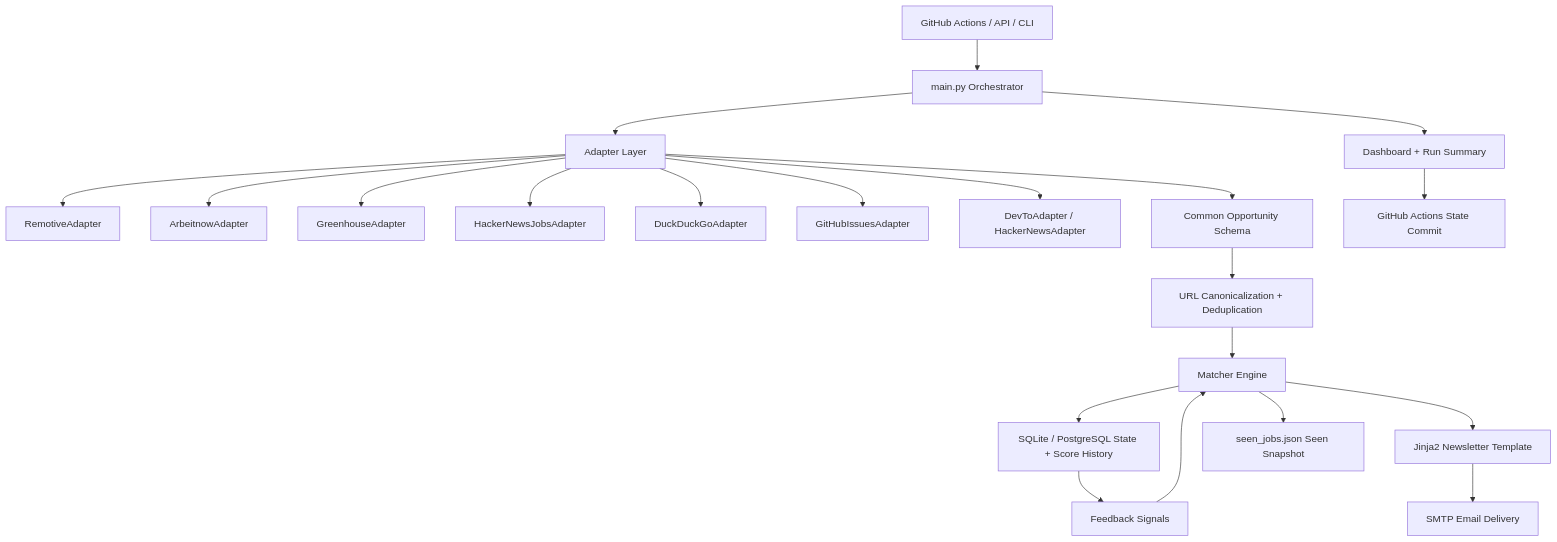
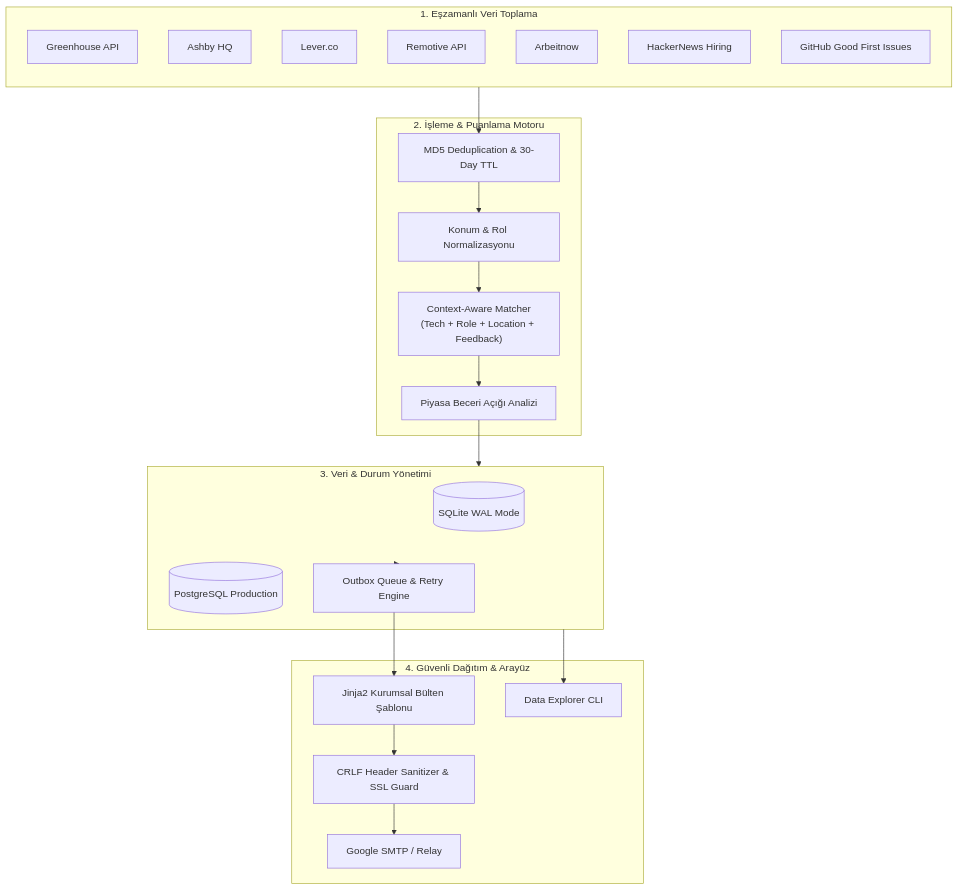
One commit to meryemgcl/jobhunt-auto changed the diagram in README.md. Above: the diagram before and after it, drawn with Mermaid. The commit also changed other lines of this file and 8 other files, not shown here.

First line of the commit message:
docs: overhaul repository documentation, badges, architecture diagrams and UTF-8 normalization

````diff
--- a/README.md
+++ b/README.md
@@ -77,25 +45,44 @@
 ```mermaid
 flowchart TD
-    A[GitHub Actions / API / CLI] --> B[main.py Orchestrator]
+    subgraph DataCollection["1. Eşzamanlı Veri Toplama"]
+        direction TB
+        G[Greenhouse API]
+        A[Ashby HQ]
+        L[Lever.co]
+        R[Remotive API]
+        AN[Arbeitnow]
+        HN[HackerNews Hiring]
+        GH[GitHub Good First Issues]
+    end
 
-    B --> C[Adapter Layer]
-    C --> C1[RemotiveAdapter]
-    C --> C2[ArbeitnowAdapter]
-    C --> C3[GreenhouseAdapter]
-    C --> C4[HackerNewsJobsAdapter]
-    C --> C5[DuckDuckGoAdapter]
-    C --> C6[GitHubIssuesAdapter]
-    C --> C7[DevToAdapter / HackerNewsAdapter]
+    subgraph CoreEngine["2. İşleme & Puanlama Motoru"]
+        DEDUP[MD5 Deduplication & 30-Day TTL]
+        NORM[Konum & Rol Normalizasyonu]
+        MATCHER["Context-Aware Matcher\n(Tech + Role + Location + Feedback)"]
+        SKILLGAP[Piyasa Beceri Açığı Analizi]
+    end
 
-    C --> D[Common Opportunity Schema]
-    D --> E[URL Canonicalization + Deduplication]
-    E --> F[Matcher Engine]
-    F --> G[SQLite / PostgreSQL State + Score History]
-    G --> H[Feedback Signals]
-    H --> F
-    F --> I[Jinja2 Newsletter Template]
-    I --> J[SMTP Email Delivery]
-    F --> K[seen_jobs.json Seen Snapshot]
-    B --> L[Dashboard + Run Summary]
-    L --> M[GitHub Actions State Commit]
+    subgraph Persistence["3. Veri & Durum Yönetimi"]
+        SQLITE[(SQLite WAL Mode)]
+        PG[(PostgreSQL Production)]
+        OUTBOX[Outbox Queue & Retry Engine]
+    end
+
+    subgraph Notification["4. Güvenli Dağıtım & Arayüz"]
+        JINJA[Jinja2 Kurumsal Bülten Şablonu]
+        SANITIZE[CRLF Header Sanitizer & SSL Guard]
+        SMTP[Google SMTP / Relay]
+        CLI[Data Explorer CLI]
+    end
+
+    DataCollection --> DEDUP
+    DEDUP --> NORM
+    NORM --> MATCHER
+    MATCHER --> SKILLGAP
+    SKILLGAP --> Persistence
+    Persistence --> OUTBOX
+    OUTBOX --> JINJA
+    JINJA --> SANITIZE
+    SANITIZE --> SMTP
+    Persistence --> CLI
 ```
````
